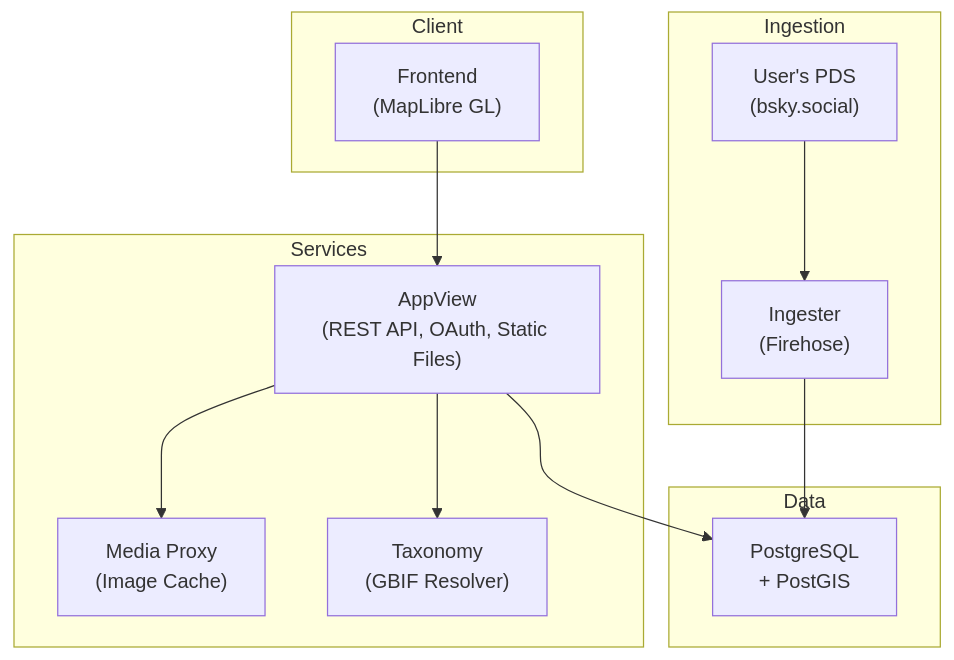
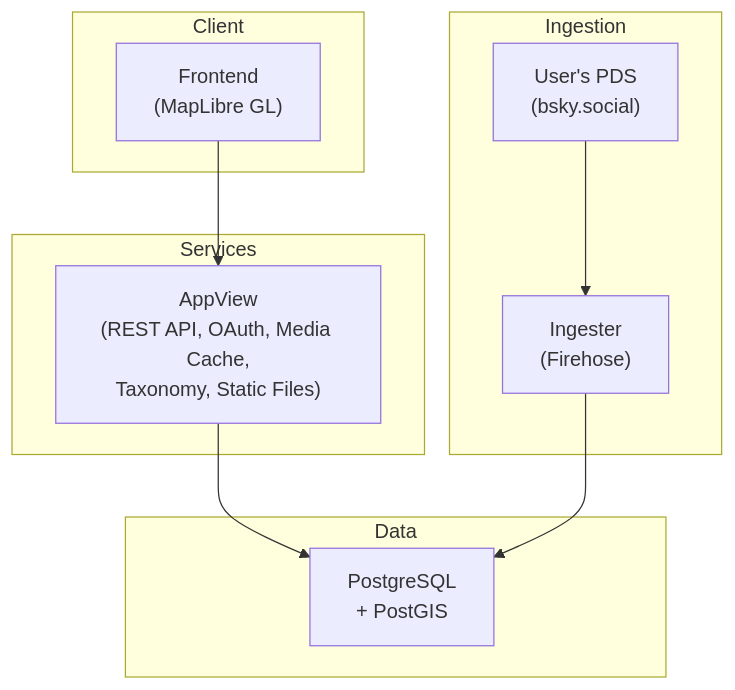
One commit to observ-ing/core changed the diagram in docs/architecture.md. Above: the diagram before and after it, drawn with Mermaid. The commit also changed other lines of this file and 28 other files, not shown here.

First line of the commit message:
refactor: fold media-proxy and taxonomy services into appview

````diff
--- a/docs/architecture.md
+++ b/docs/architecture.md
@@ -5,28 +5,24 @@
 ```mermaid
 flowchart TB
     subgraph Client
         Frontend["Frontend<br/>(MapLibre GL)"]
     end
 
     subgraph Services
-        AppView["AppView<br/>(REST API, OAuth, Static Files)"]
-        MediaProxy["Media Proxy<br/>(Image Cache)"]
-        Taxonomy["Taxonomy<br/>(GBIF Resolver)"]
+        AppView["AppView<br/>(REST API, OAuth, Media Cache,<br/>Taxonomy, Static Files)"]
     end
 
     subgraph Data
         PostgreSQL["PostgreSQL<br/>+ PostGIS"]
     end
 
     subgraph Ingestion
         PDS["User's PDS<br/>(bsky.social)"]
         Ingester["Ingester<br/>(Firehose)"]
     end
 
     Frontend --> AppView
     AppView --> PostgreSQL
-    AppView --> Taxonomy
-    AppView --> MediaProxy
     PDS --> Ingester
     Ingester --> PostgreSQL
 ```
````
